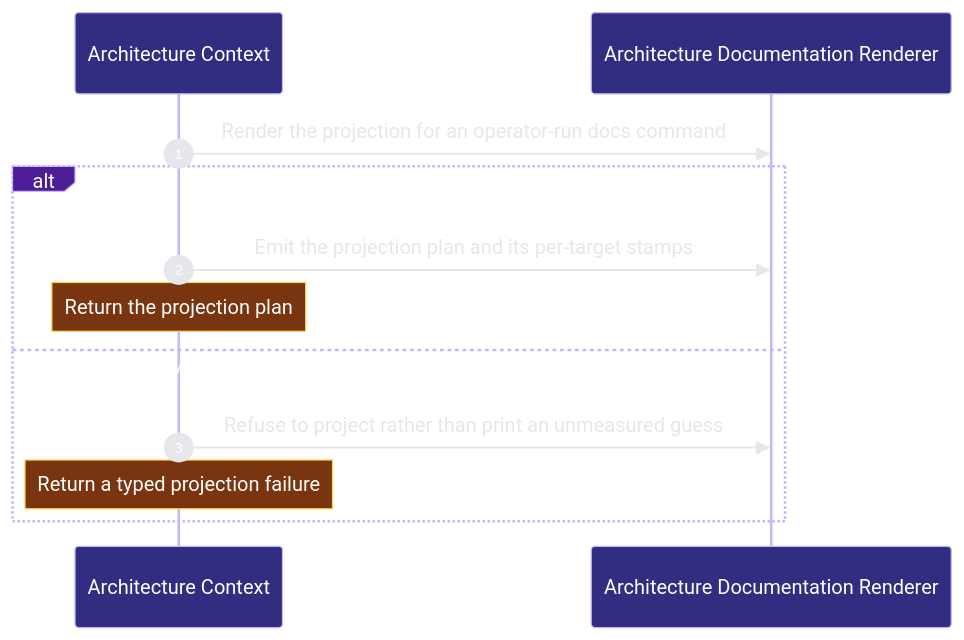
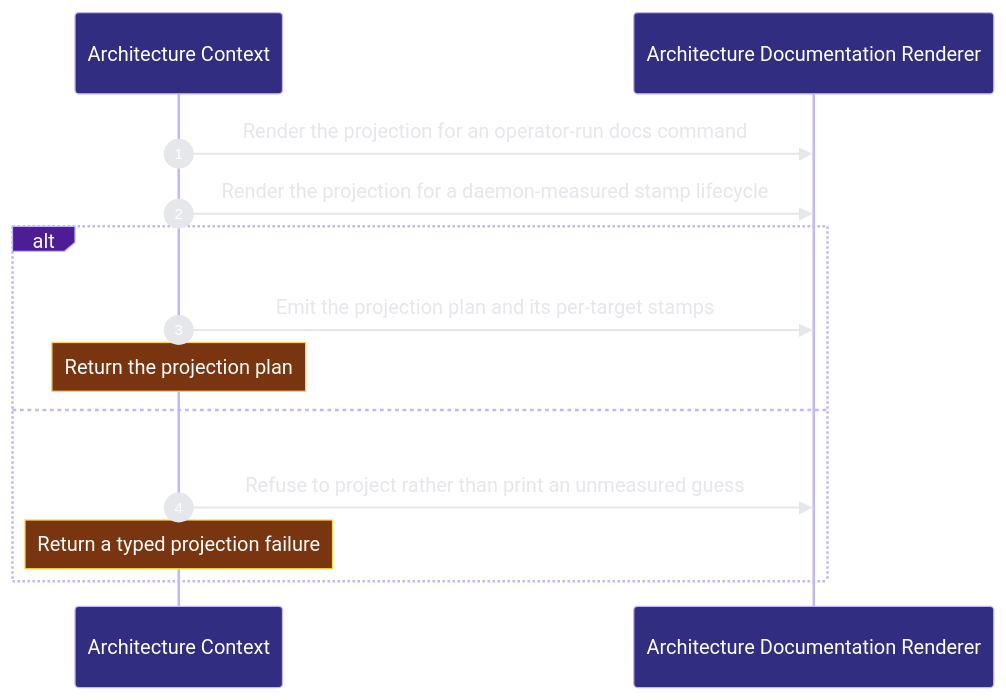
The second of 2 diagrams in docs/architecture/modules/capability-architecture-context.md (Ancienttwo/arch-context), drawn with Mermaid before and after one commit. The commit also changed other lines of this file and 11 other files, not shown here.

````diff
--- a/docs/architecture/modules/capability-architecture-context.md
+++ b/docs/architecture/modules/capability-architecture-context.md
@@ -58,15 +58,16 @@
 ```mermaid
 %%{init: {"theme":"base","themeVariables":{"background":"#0d1117","actorBkg":"#312e81","actorBorder":"#c4b5fd","actorTextColor":"#ffffff","signalColor":"#e5e7eb","signalTextColor":"#e5e7eb","labelBoxBkgColor":"#4c1d95","labelBoxBorderColor":"#c4b5fd","labelTextColor":"#ffffff","noteBkgColor":"#78350f","noteBorderColor":"#fcd34d","noteTextColor":"#ffffff","sequenceNumberColor":"#ffffff"}}}%%
 sequenceDiagram
   autonumber
   participant p2_trigger_9140ba4a as Architecture Context
   participant p2_renderer_178bc931 as Architecture Documentation Renderer
   p2_trigger_9140ba4a->>p2_renderer_178bc931: Render the projection for an operator-run docs command
+  p2_trigger_9140ba4a->>p2_renderer_178bc931: Render the projection for a daemon-measured stamp lifecycle
   alt The projection plan is renderable
   p2_trigger_9140ba4a->>p2_renderer_178bc931: Emit the projection plan and its per-target stamps
     Note over p2_trigger_9140ba4a: Return the projection plan
   else A declared footprint has no measured scale signal
   p2_trigger_9140ba4a->>p2_renderer_178bc931: Refuse to project rather than print an unmeasured guess
     Note over p2_trigger_9140ba4a: Return a typed projection failure
   end
 ```
````
